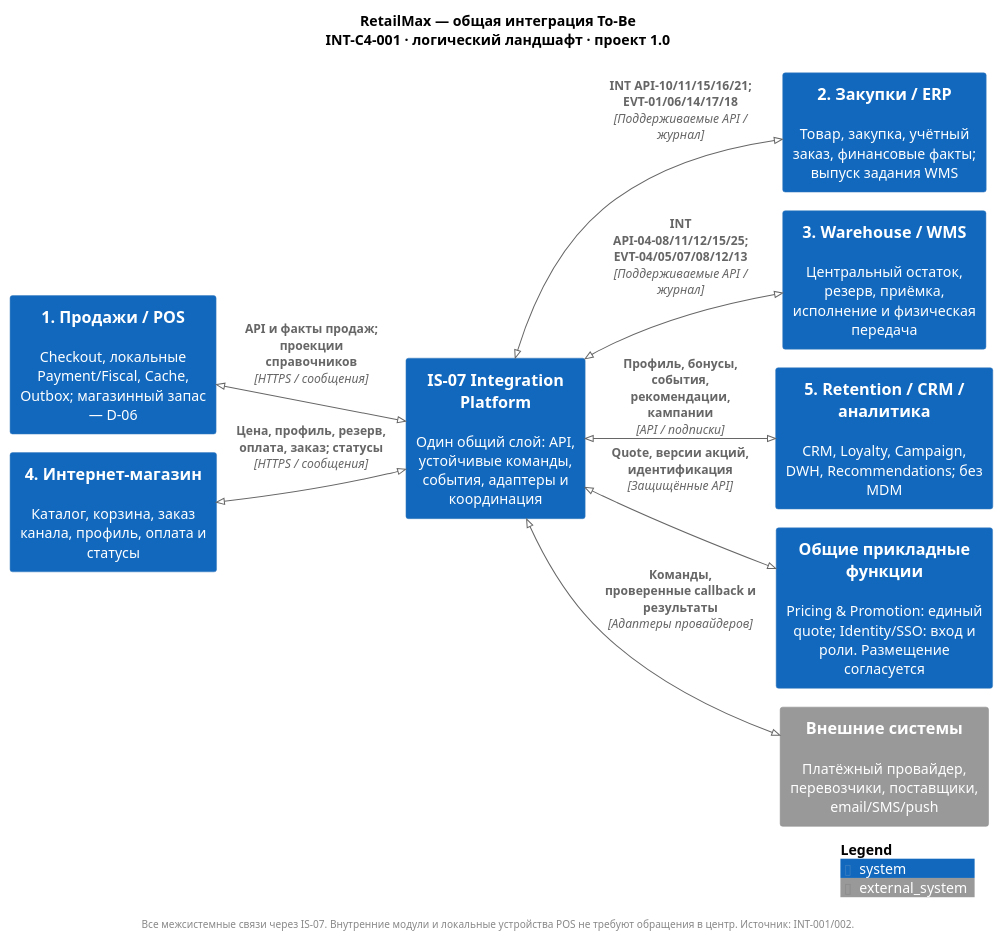
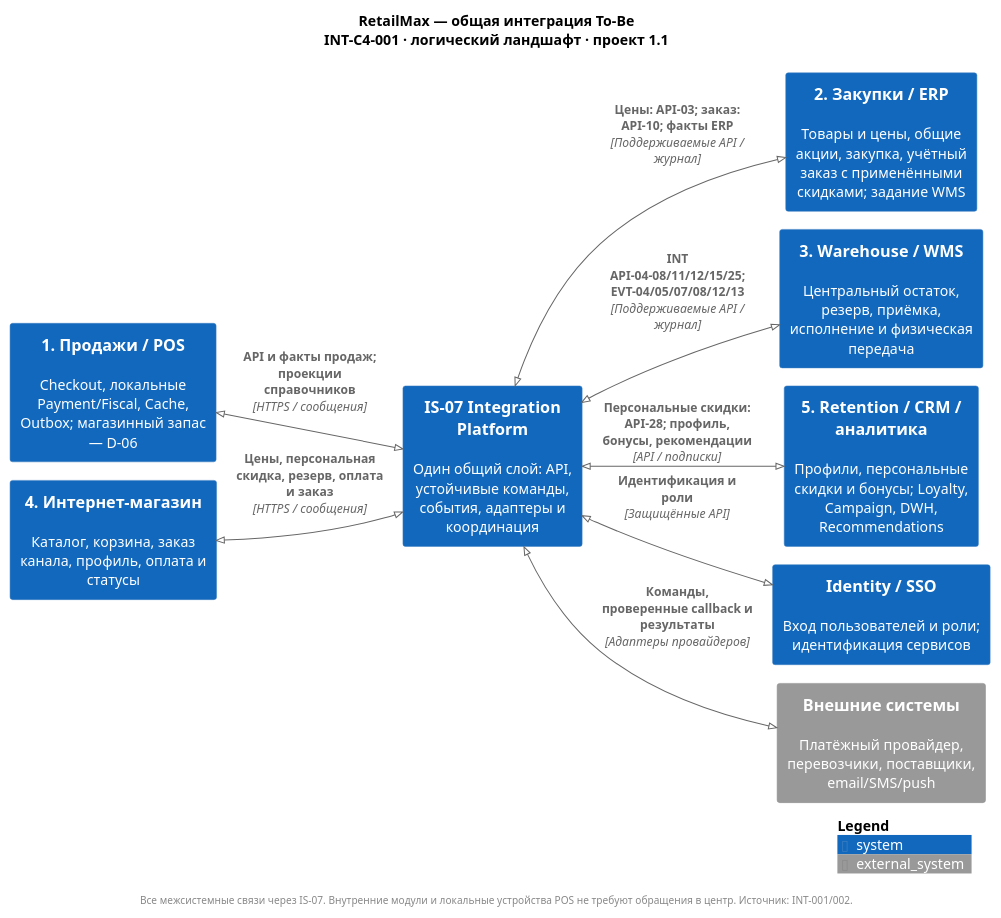
Before and after one commit to rsingatulin/hse_architecture: the diagram in 06_integration_architecture/diagrams/INT-C4-001-landscape.puml, drawn with PlantUML. The commit also changed 27 other files, not shown here.

Commit message:
Убрать отдельный Pricing и показать персональные скидки CRM

```diff
--- a/06_integration_architecture/diagrams/INT-C4-001-landscape.puml
+++ b/06_integration_architecture/diagrams/INT-C4-001-landscape.puml
@@ -1,25 +1,25 @@
 @startuml INT-C4-001-landscape
 !pragma layout smetana
 !include <C4/C4_Context>
 LAYOUT_LEFT_RIGHT()
 skinparam defaultFontName Arial
 skinparam backgroundColor white
-title RetailMax — общая интеграция To-Be\nINT-C4-001 · логический ландшафт · проект 1.0
+title RetailMax — общая интеграция To-Be\nINT-C4-001 · логический ландшафт · проект 1.1
 System(pos, "1. Продажи / POS", "Checkout, локальные Payment/Fiscal, Cache, Outbox; магазинный запас — D-06")
 System(shop, "4. Интернет-магазин", "Каталог, корзина, заказ канала, профиль, оплата и статусы")
 System(ip, "IS-07 Integration Platform", "Один общий слой: API, устойчивые команды, события, адаптеры и координация")
-System(erp, "2. Закупки / ERP", "Товар, закупка, учётный заказ, финансовые факты; выпуск задания WMS")
+System(erp, "2. Закупки / ERP", "Товары и цены, общие акции, закупка, учётный заказ с применёнными скидками; задание WMS")
 System(wms, "3. Warehouse / WMS", "Центральный остаток, резерв, приёмка, исполнение и физическая передача")
-System(ret, "5. Retention / CRM / аналитика", "CRM, Loyalty, Campaign, DWH, Recommendations; без MDM")
-System(shared, "Общие прикладные функции", "Pricing & Promotion: единый quote; Identity/SSO: вход и роли. Размещение согласуется")
+System(ret, "5. Retention / CRM / аналитика", "Профили, персональные скидки и бонусы; Loyalty, Campaign, DWH, Recommendations")
+System(shared, "Identity / SSO", "Вход пользователей и роли; идентификация сервисов")
 System_Ext(ext, "Внешние системы", "Платёжный провайдер, перевозчики, поставщики, email/SMS/push")
 BiRel(pos, ip, "API и факты продаж; проекции справочников", "HTTPS / сообщения")
-BiRel(shop, ip, "Цена, профиль, резерв, оплата, заказ; статусы", "HTTPS / сообщения")
-BiRel(ip, erp, "INT API-10/11/15/16/21; EVT-01/06/14/17/18", "Поддерживаемые API / журнал")
+BiRel(shop, ip, "Цены, персональная скидка, резерв, оплата и заказ", "HTTPS / сообщения")
+BiRel(ip, erp, "Цены: API-03; заказ: API-10; факты ERP", "Поддерживаемые API / журнал")
 BiRel(ip, wms, "INT API-04–08/11/12/15/25; EVT-04/05/07/08/12/13", "Поддерживаемые API / журнал")
-BiRel(ip, ret, "Профиль, бонусы, события, рекомендации, кампании", "API / подписки")
-BiRel(ip, shared, "Quote, версии акций, идентификация", "Защищённые API")
+BiRel(ip, ret, "Персональные скидки: API-28; профиль, бонусы, рекомендации", "API / подписки")
+BiRel(ip, shared, "Идентификация и роли", "Защищённые API")
 BiRel(ip, ext, "Команды, проверенные callback и результаты", "Адаптеры провайдеров")
 SHOW_LEGEND()
 footer Все межсистемные связи через IS-07. Внутренние модули и локальные устройства POS не требуют обращения в центр. Источник: INT-001/002.
 @enduml
```
